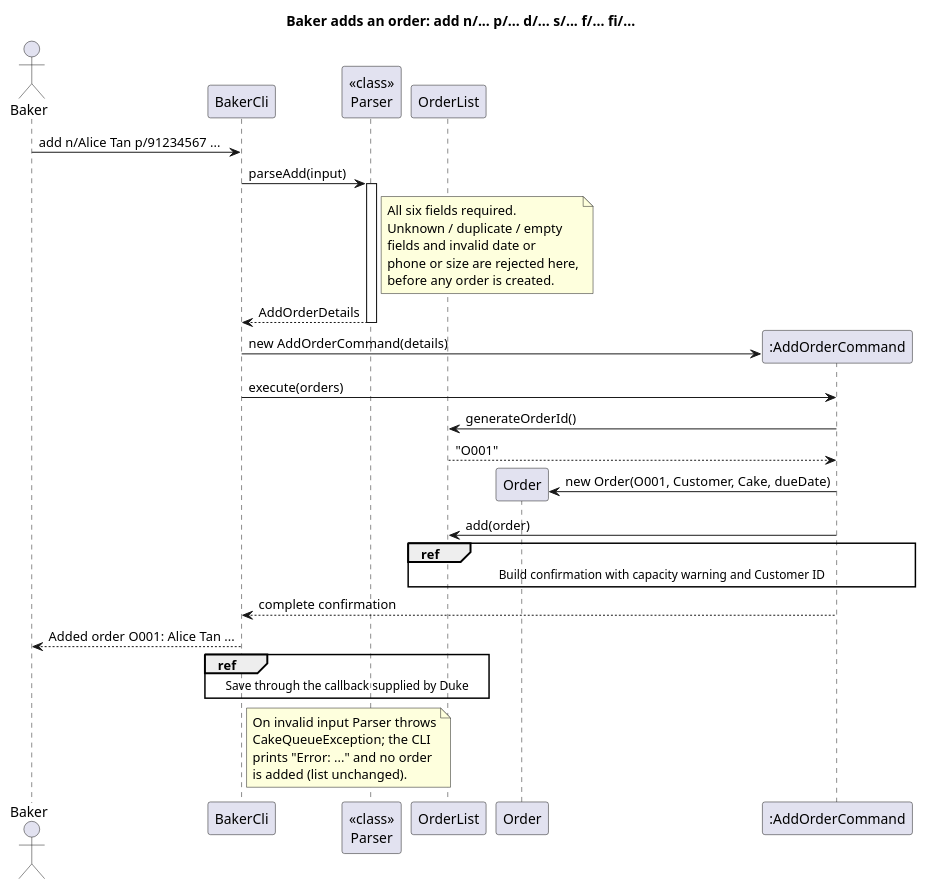
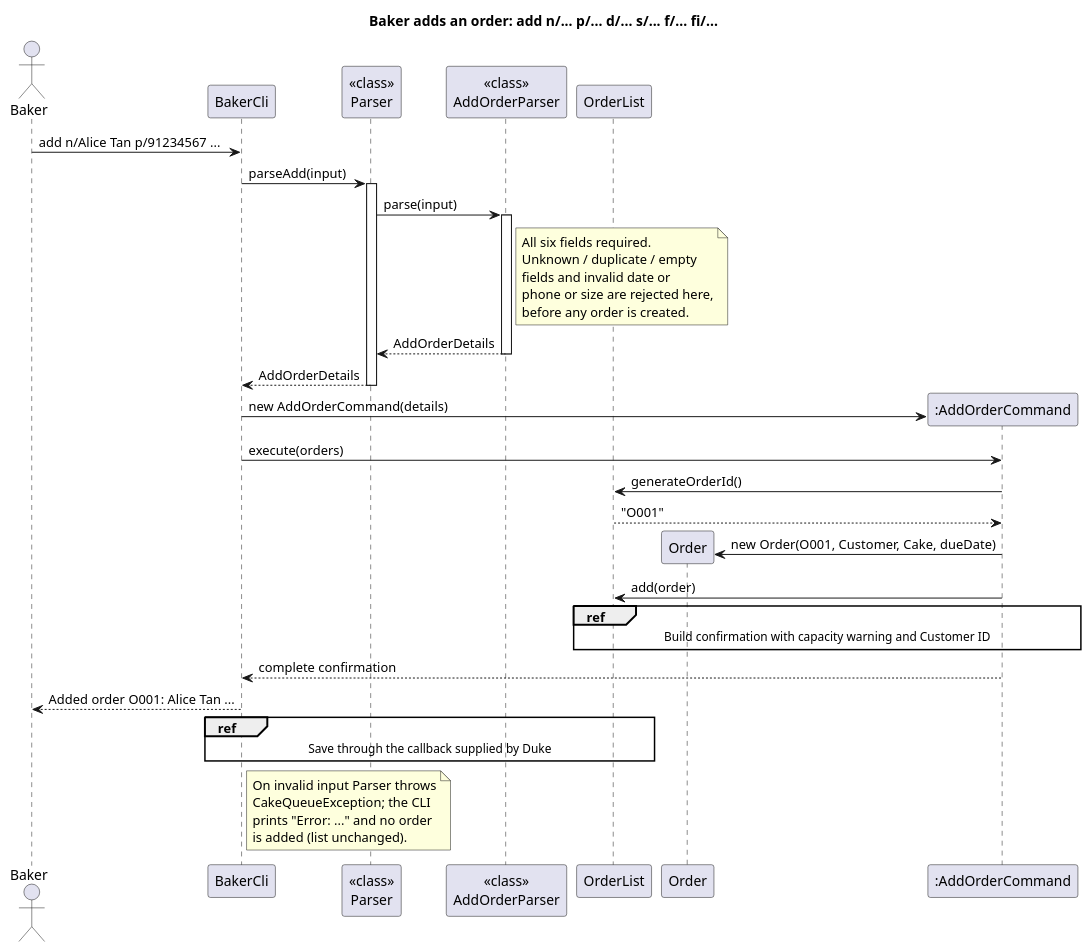
The diagram in docs/diagrams/AddOrderSequenceDiagram.puml (AY2627S1-CS2113-W12-1/tp), drawn with PlantUML before and after one commit. The commit also changed 8 other files, not shown here.

First line of the commit message:
Extract AddOrderParser

```diff
--- a/docs/diagrams/AddOrderSequenceDiagram.puml
+++ b/docs/diagrams/AddOrderSequenceDiagram.puml
@@ -1,40 +1,45 @@
 @startuml AddOrderSequenceDiagram
 title Baker adds an order: add n/... p/... d/... s/... f/... fi/...
 
 actor Baker
 participant "BakerCli" as Cli
 participant "<<class>>\nParser" as Parser
+participant "<<class>>\nAddOrderParser" as AddParser
 participant "OrderList" as List
 participant "Order" as Order
 
 Baker -> Cli : add n/Alice Tan p/91234567 ...
 Cli -> Parser : parseAdd(input)
 activate Parser
-note right of Parser
+Parser -> AddParser : parse(input)
+activate AddParser
+note right of AddParser
   All six fields required.
   Unknown / duplicate / empty
   fields and invalid date or
   phone or size are rejected here,
   before any order is created.
 end note
+AddParser --> Parser : AddOrderDetails
+deactivate AddParser
 Parser --> Cli : AddOrderDetails
 deactivate Parser
 create participant ":AddOrderCommand" as Add
 Cli -> Add : new AddOrderCommand(details)
 Cli -> Add : execute(orders)
 Add -> List : generateOrderId()
 List --> Add : "O001"
 create Order
 Add -> Order : new Order(O001, Customer, Cake, dueDate)
 Add -> List : add(order)
 ref over Add, List : Build confirmation with capacity warning and Customer ID
 Add --> Cli : complete confirmation
 Cli --> Baker : Added order O001: Alice Tan ...
 ref over Cli, List : Save through the callback supplied by Duke
 note right of Cli
   On invalid input Parser throws
   CakeQueueException; the CLI
   prints "Error: ..." and no order
   is added (list unchanged).
 end note
 @enduml
```
